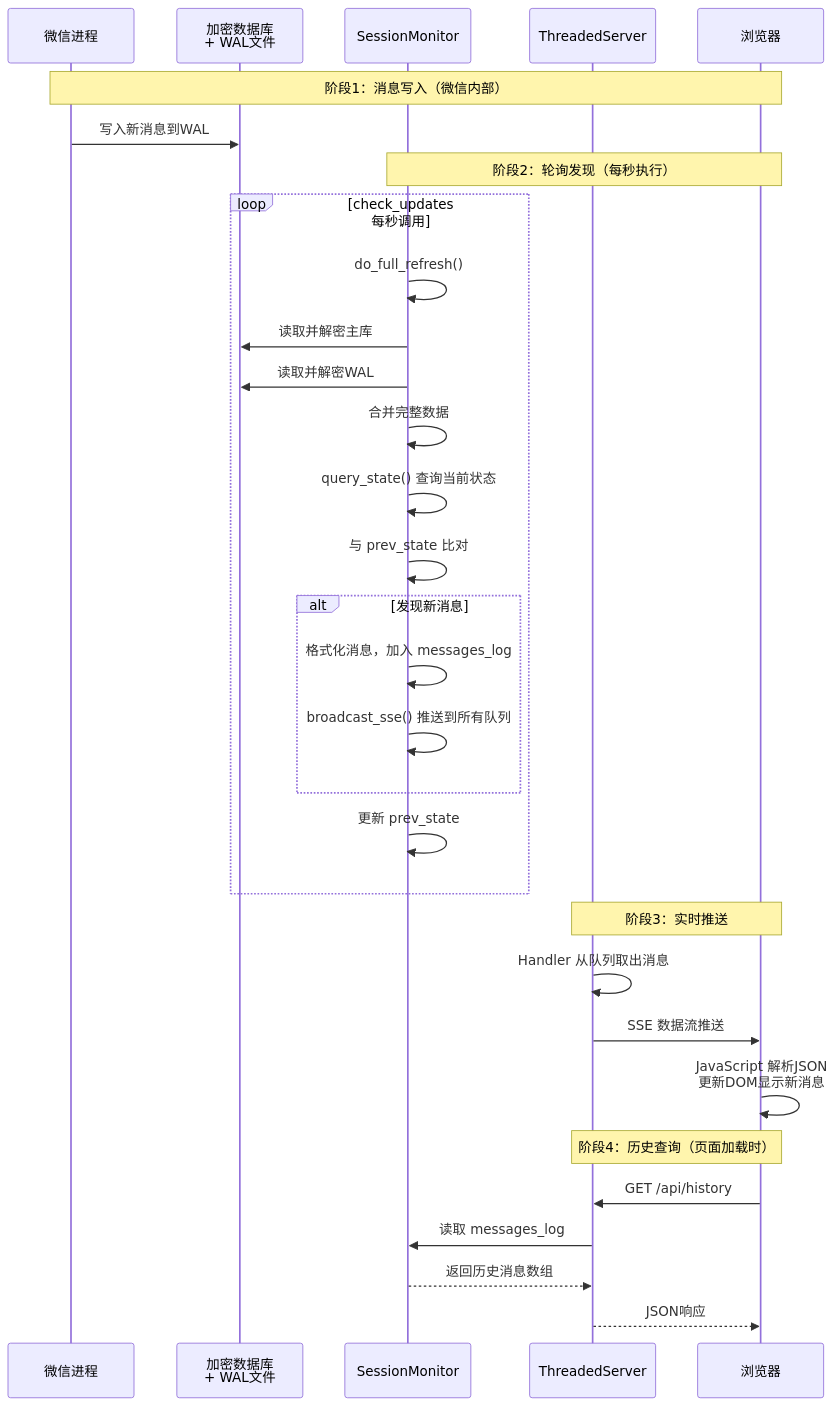
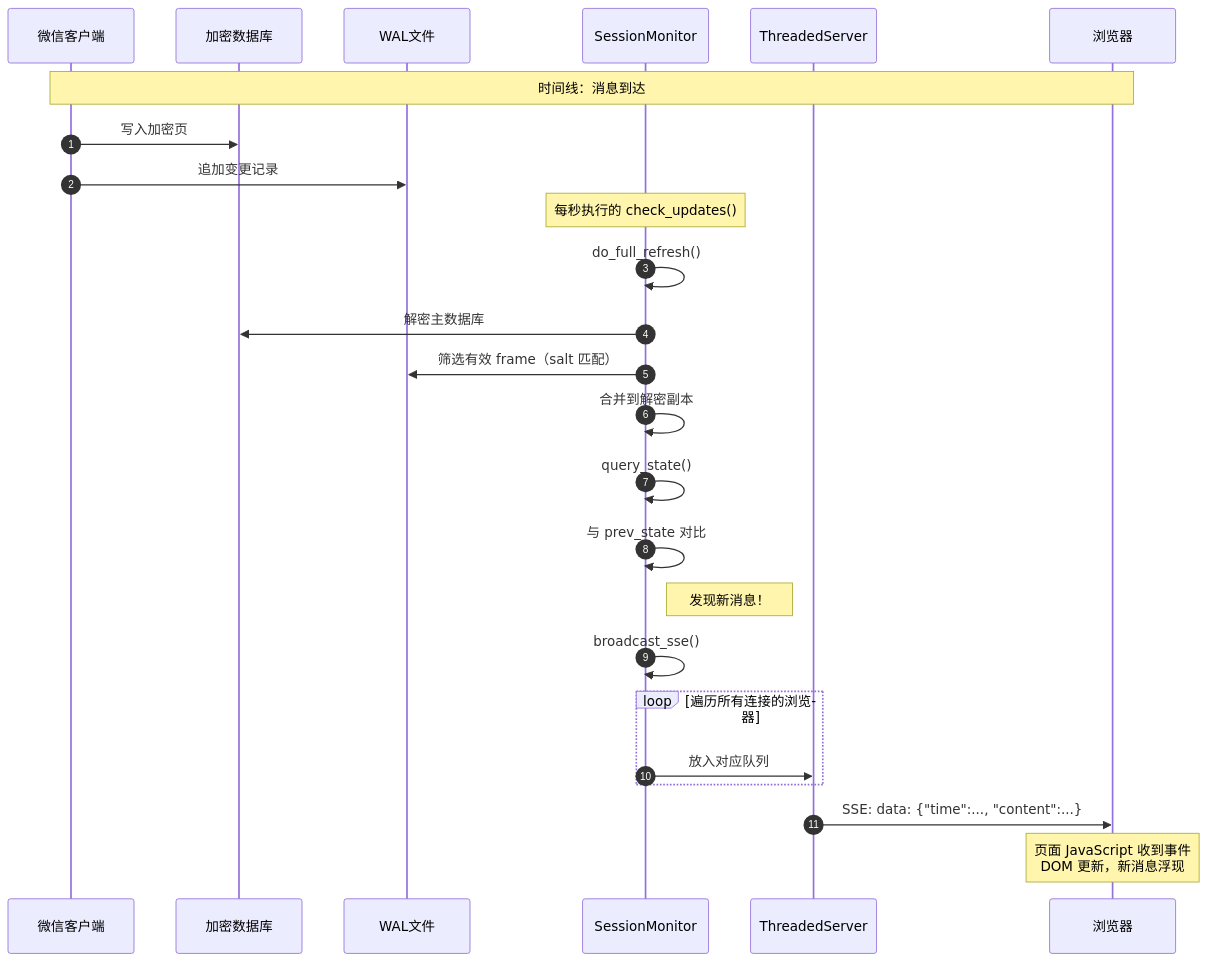
The sixth of 6 diagrams in public/wechat-decrypt/guide-beginners-guide-real-time-monitoring.md (nerdneilsfield/code-wiki-pages), drawn with Mermaid before and after one commit. The commit also changed other lines of this file and 30 other files, not shown here.

````diff
--- a/public/wechat-decrypt/guide-beginners-guide-real-time-monitoring.md
+++ b/public/wechat-decrypt/guide-beginners-guide-real-time-monitoring.md
@@ -259,41 +199,35 @@
 ```mermaid
 sequenceDiagram
-    participant WX as 微信进程
-    participant ENC as 加密数据库<br/>+ WAL文件
-    participant MON as SessionMonitor
-    participant SRV as ThreadedServer
-    participant BR as 浏览器
+    autonumber
+    participant WX as 微信客户端
+    participant EncDB as 加密数据库
+    participant WAL as WAL文件
+    participant SM as SessionMonitor
+    participant TS as ThreadedServer
+    participant Browser as 浏览器
     
-    Note over WX,BR: 阶段1：消息写入（微信内部）
-    WX->>ENC: 写入新消息到WAL
+    Note over WX,Browser: 时间线：消息到达
     
-    Note over MON,BR: 阶段2：轮询发现（每秒执行）
-    loop check_updates 每秒调用
-        MON->>MON: do_full_refresh()
-        MON->>ENC: 读取并解密主库
-        MON->>ENC: 读取并解密WAL
-        MON->>MON: 合并完整数据
-        
-        MON->>MON: query_state() 查询当前状态
-        MON->>MON: 与 prev_state 比对
-        
-        alt 发现新消息
-            MON->>MON: 格式化消息，加入 messages_log
-            MON->>MON: broadcast_sse() 推送到所有队列
-        end
-        
-        MON->>MON: 更新 prev_state
+    WX->>EncDB: 写入加密页
+    WX->>WAL: 追加变更记录
+    
+    Note over SM: 每秒执行的 check_updates()
+    
+    SM->>SM: do_full_refresh()
+    SM->>EncDB: 解密主数据库
+    SM->>WAL: 筛选有效 frame（salt 匹配）
+    SM->>SM: 合并到解密副本
+    
+    SM->>SM: query_state()
+    SM->>SM: 与 prev_state 对比
+    Note right of SM: 发现新消息！
+    
+    SM->>SM: broadcast_sse()
+    loop 遍历所有连接的浏览器
+        SM->>TS: 放入对应队列
     end
     
-    Note over SRV,BR: 阶段3：实时推送
-    SRV->>SRV: Handler 从队列取出消息
-    SRV->>BR: SSE 数据流推送
+    TS->>Browser: SSE: data: {"time":..., "content":...}
     
-    BR->>BR: JavaScript 解析JSON<br/>更新DOM显示新消息
-    
-    Note over BR,SRV: 阶段4：历史查询（页面加载时）
-    BR->>SRV: GET /api/history
-    SRV->>MON: 读取 messages_log
-    MON-->>SRV: 返回历史消息数组
-    SRV-->>BR: JSON响应
+    Note over Browser: 页面 JavaScript 收到事件<br/>DOM 更新，新消息浮现
 ```
````
